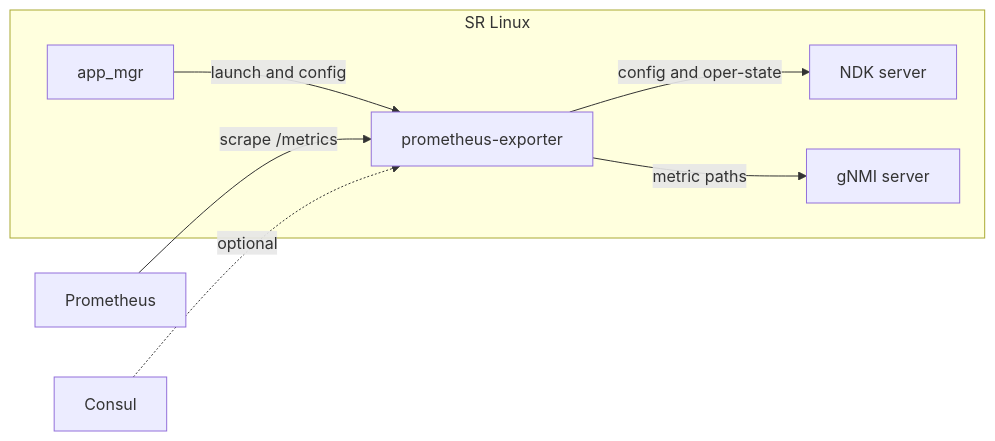
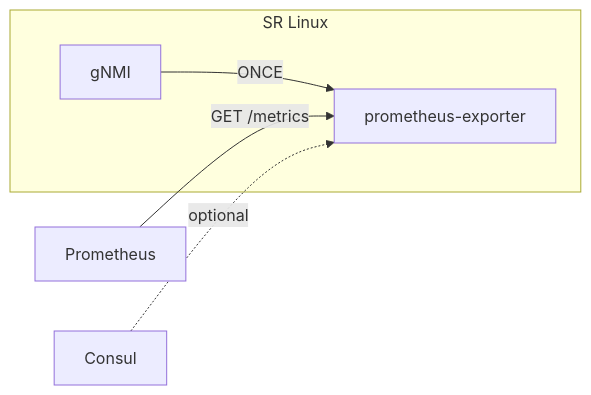
The first of 2 diagrams in README.md (srl-labs/srl-prometheus-exporter), drawn with Mermaid before and after one commit. The commit also changed other lines of this file and 15 other files, not shown here.

First line of the commit message:
Add Prometheus remote write and a scrape container in 0.3.1.

````diff
--- a/README.md
+++ b/README.md
@@ -9,14 +15,10 @@
 ```mermaid
 flowchart LR
   subgraph srl [SR Linux]
-    mgr[app_mgr]
-    ndk[NDK server]
-    gnmi[gNMI server]
+    gnmi[gNMI]
     app[prometheus-exporter]
-    mgr -->|launch and config| app
-    app -->|config and oper-state| ndk
-    app -->|metric paths| gnmi
+    gnmi -->|ONCE| app
   end
-  prom[Prometheus] -->|scrape /metrics| app
+  prom[Prometheus] -->|GET /metrics| app
   consul[Consul] -.->|optional| app
 ```
````
